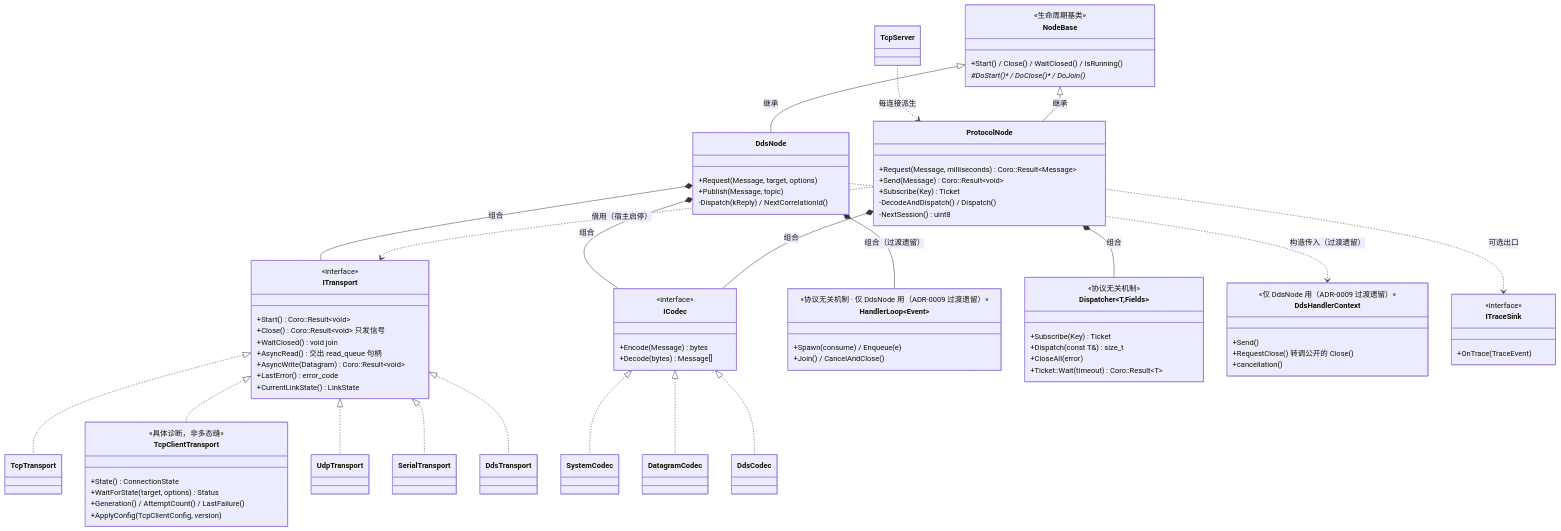
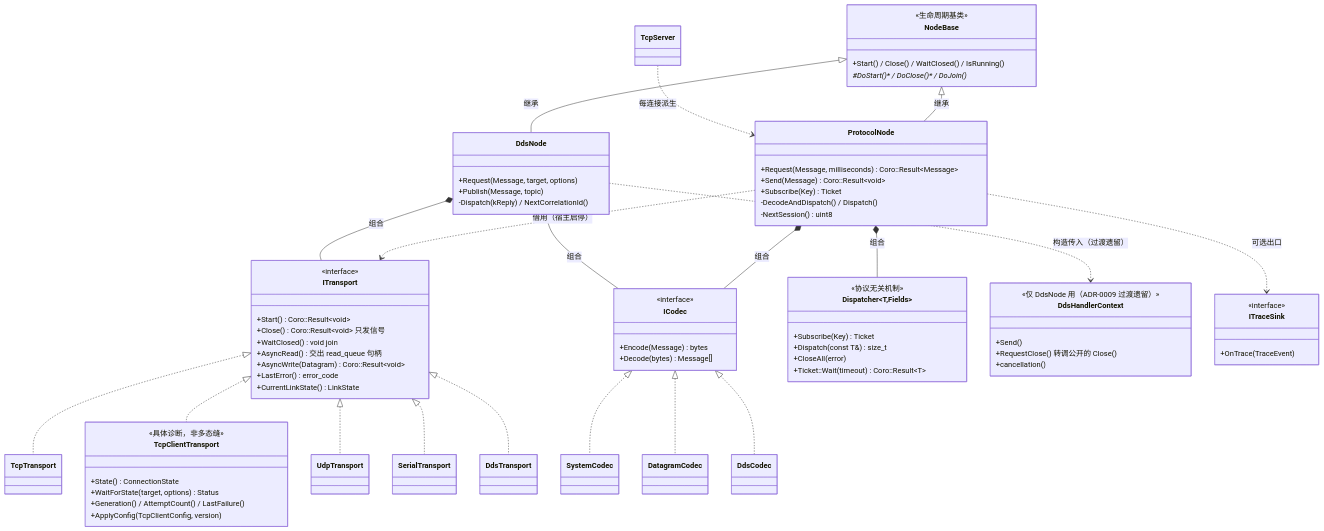
The diagram in docs/diagrams/arch-class.mmd (Ste7an-cs/Transport), drawn with Mermaid before and after one commit. The commit also changed 6 other files, not shown here.

First line of the commit message:
docs: 同步删除 HandlerLoop 与 kNoHandlerConfigured(#163),并更正 ADR-0009 错误前提

```diff
--- a/docs/diagrams/arch-class.mmd
+++ b/docs/diagrams/arch-class.mmd
@@ -1,95 +1,91 @@
+%% ⚠ 本图 .mmd 已按 #163 更新(删除 HandlerLoop),但同名 .svg 尚未重渲染——
+%%   本机 node/npx 与 chrome 已随环境变更移除,mermaid-cli 不可用。恢复后须重渲染。
 classDiagram
     direction TB
 
     class ITransport {
         <<interface>>
         +Start() Coro::Result~void~
         +Close() Coro::Result~void~  只发信号
         +WaitClosed() void  join
         +AsyncRead() 交出 read_queue 句柄
         +AsyncWrite(Datagram) Coro::Result~void~
         +LastError() error_code
         +CurrentLinkState() LinkState
     }
     class ICodec {
         <<interface>>
         +Encode(Message) bytes
         +Decode(bytes) Message[]
     }
 
     class ProtocolNode {
         +Request(Message, milliseconds) Coro::Result~Message~
         +Send(Message) Coro::Result~void~
         +Subscribe(Key) Ticket
         -DecodeAndDispatch() / Dispatch()
         -NextSession() uint8
     }
     class DdsNode {
         +Request(Message, target, options)
         +Publish(Message, topic)
         -Dispatch(kReply) / NextCorrelationId()
     }
     class NodeBase {
         <<生命周期基类>>
         +Start() / Close() / WaitClosed() / IsRunning()
         #DoStart()* / DoClose()* / DoJoin()*
-    }
-    class HandlerLoop~Event~ {
-        <<协议无关机制 · 仅 DdsNode 用（ADR-0009 过渡遗留）>>
-        +Spawn(consume) / Enqueue(e)
-        +Join() / CancelAndClose()
     }
     class Dispatcher~T,Fields~ {
         <<协议无关机制>>
         +Subscribe(Key) Ticket
         +Dispatch(const T&) size_t
         +CloseAll(error)
         +Ticket::Wait(timeout) Coro::Result~T~
     }
     class DdsHandlerContext {
         <<仅 DdsNode 用（ADR-0009 过渡遗留）>>
         +Send()
         +RequestClose() 转调公开的 Close()
         +cancellation()
     }
     class ITraceSink {
         <<interface>>
         +OnTrace(TraceEvent)
     }
 
     class TcpTransport
     class TcpClientTransport {
         <<具体诊断，非多态缝>>
         +State() ConnectionState
         +WaitForState(target, options) Status
         +Generation() / AttemptCount() / LastFailure()
         +ApplyConfig(TcpClientConfig, version)
     }
     class UdpTransport
     class SerialTransport
     class DdsTransport
     class TcpServer
     class SystemCodec
     class DatagramCodec
     class DdsCodec
 
     ITransport <|.. TcpTransport
     ITransport <|.. TcpClientTransport
     ITransport <|.. UdpTransport
     ITransport <|.. SerialTransport
     ITransport <|.. DdsTransport
     ICodec <|.. SystemCodec
     ICodec <|.. DatagramCodec
     ICodec <|.. DdsCodec
 
     ProtocolNode ..> ITransport : 借用（宿主启停）
     ProtocolNode *-- ICodec : 组合
     ProtocolNode *-- Dispatcher : 组合
-    DdsNode *-- HandlerLoop : 组合（过渡遗留）
     NodeBase <|-- ProtocolNode : 继承
     DdsNode *-- ITransport : 组合
     DdsNode *-- ICodec : 组合
     NodeBase <|-- DdsNode : 继承
     DdsNode ..> DdsHandlerContext : 构造传入（过渡遗留）
     TcpServer ..> ProtocolNode : 每连接派生
     ProtocolNode ..> ITraceSink : 可选出口
```
